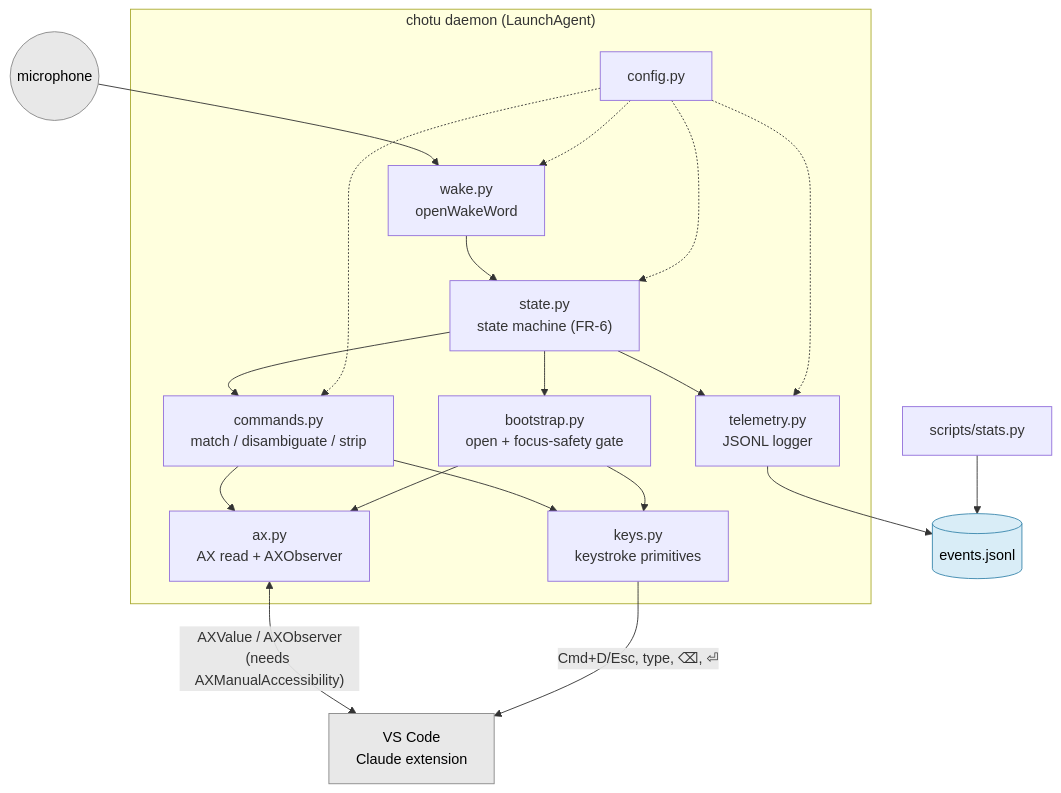
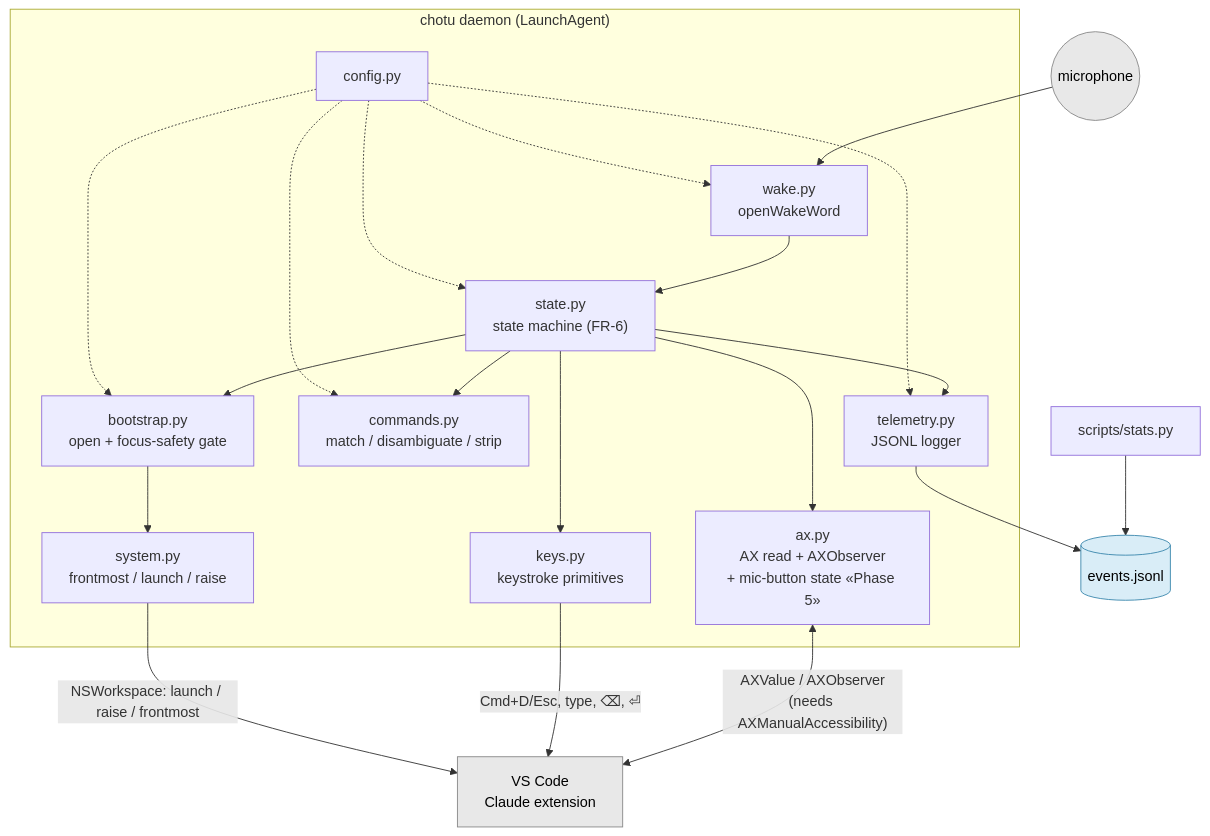
One commit to utkarshtrivedimdz/hey-claude changed the first of 8 diagrams in docs/ARCHITECTURE.md. Above: the diagram before and after it, drawn with Mermaid. The commit also changed other lines of this file and 17 other files, not shown here.

````diff
--- a/docs/ARCHITECTURE.md
+++ b/docs/ARCHITECTURE.md
@@ -11,38 +14,40 @@
 ```mermaid
 graph TD
   MIC(("microphone")):::ext
   subgraph daemon["chotu daemon (LaunchAgent)"]
     W["wake.py<br/>openWakeWord"]
     SM["state.py<br/>state machine (FR-6)"]
     BS["bootstrap.py<br/>open + focus-safety gate"]
+    SYS["system.py<br/>frontmost / launch / raise"]
     CMD["commands.py<br/>match / disambiguate / strip"]
-    AX["ax.py<br/>AX read + AXObserver"]
+    AX["ax.py<br/>AX read + AXObserver<br/>+ mic-button state «Phase 5»"]
     KEYS["keys.py<br/>keystroke primitives"]
     TEL["telemetry.py<br/>JSONL logger"]
     CFG["config.py"]
   end
   VSC["VS Code<br/>Claude extension"]:::ext
   LOG[("events.jsonl")]:::store
   STATS["scripts/stats.py"]
 
   MIC --> W
   W --> SM
   SM --> BS
   SM --> CMD
   SM --> TEL
-  CMD --> AX
-  CMD --> KEYS
-  BS --> KEYS
-  BS --> AX
+  SM --> AX
+  SM --> KEYS
+  BS --> SYS
   AX <-->|"AXValue / AXObserver<br/>(needs AXManualAccessibility)"| VSC
   KEYS -->|"Cmd+D/Esc, type, ⌫, ⏎"| VSC
+  SYS -->|"NSWorkspace: launch / raise / frontmost"| VSC
   CFG -.-> W
   CFG -.-> SM
+  CFG -.-> BS
   CFG -.-> CMD
   CFG -.-> TEL
   TEL --> LOG
   STATS --> LOG
 
   classDef ext fill:#e8e8e8,stroke:#888,color:#000;
   classDef store fill:#d9edf7,stroke:#3a87ad,color:#000;
 ```
````
